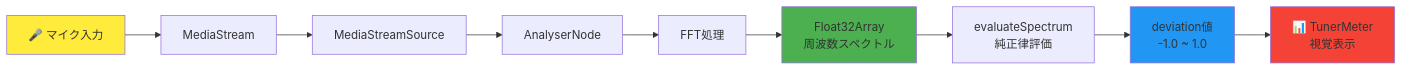
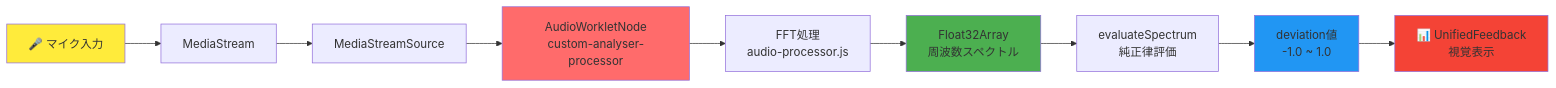
One commit to guchipa/chordlens changed the third of 4 diagrams in docs/仕様書.md. Above: the diagram before and after it, drawn with Mermaid. The commit also changed other lines of this file, not shown here.

````diff
--- a/docs/仕様書.md
+++ b/docs/仕様書.md
@@ -178,16 +178,17 @@
 ```mermaid
 graph LR
     A[🎤 マイク入力] --> B[MediaStream];
     B --> C[MediaStreamSource];
-    C --> D[AnalyserNode];
-    D --> E[FFT処理];
+    C --> D[AudioWorkletNode<br/>custom-analyser-processor];
+    D --> E[FFT処理<br/>audio-processor.js];
     E --> F[Float32Array<br/>周波数スペクトル];
     F --> G[evaluateSpectrum<br/>純正律評価];
     G --> H[deviation値<br/>-1.0 ~ 1.0];
-    H --> I[📊 TunerMeter<br/>視覚表示];
+    H --> I[📊 UnifiedFeedback<br/>視覚表示];
     
     style A fill:#ffeb3b
+    style D fill:#ff6b6b
     style F fill:#4caf50
     style H fill:#2196f3
     style I fill:#f44336
 ```
````
